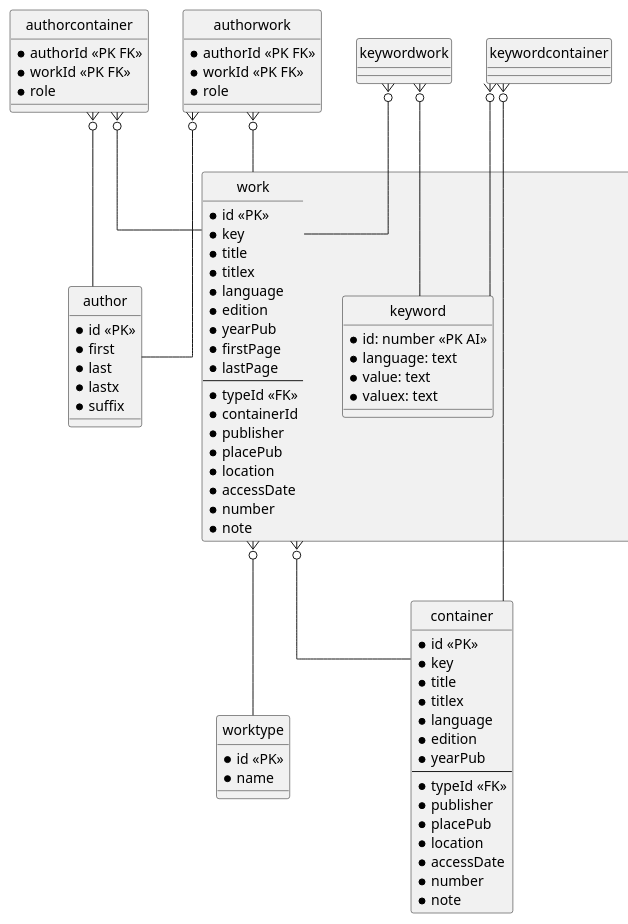
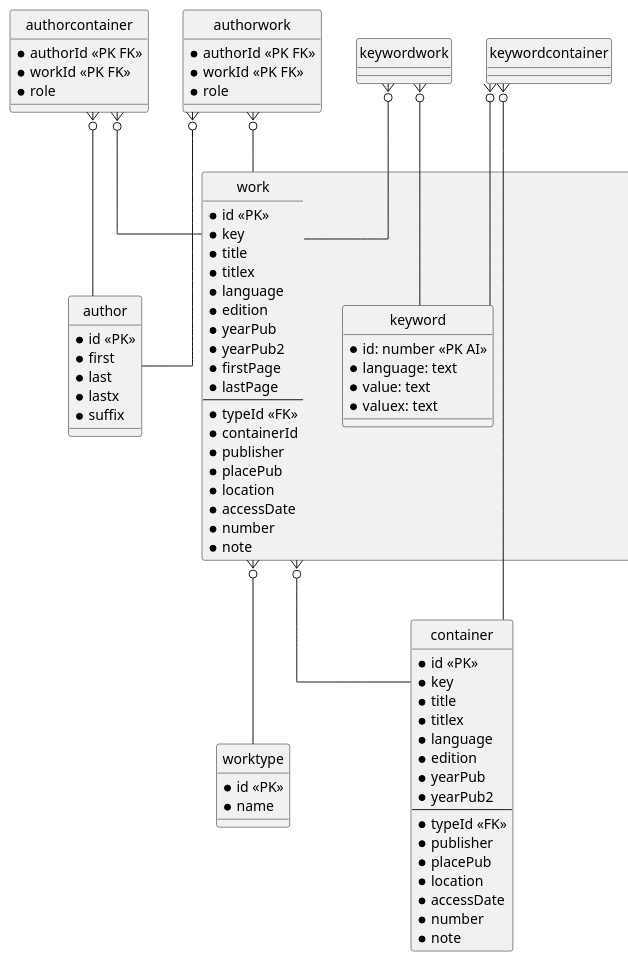
Before and after one commit to vedph/cadmus_biblioapi: the diagram in Readme.md, drawn with PlantUML. The commit also changed other lines of this file and 12 other files, not shown here.

Commit message:
Added yearPub2

```diff
--- a/Readme.md
+++ b/Readme.md
@@ -84,6 +84,7 @@
     * language
     * edition
     * yearPub
+    * yearPub2
     * firstPage
     * lastPage
     --
@@ -105,6 +106,7 @@
     * language
     * edition
     * yearPub
+    * yearPub2
     --
     * typeId <<FK>>
     * publisher
```
